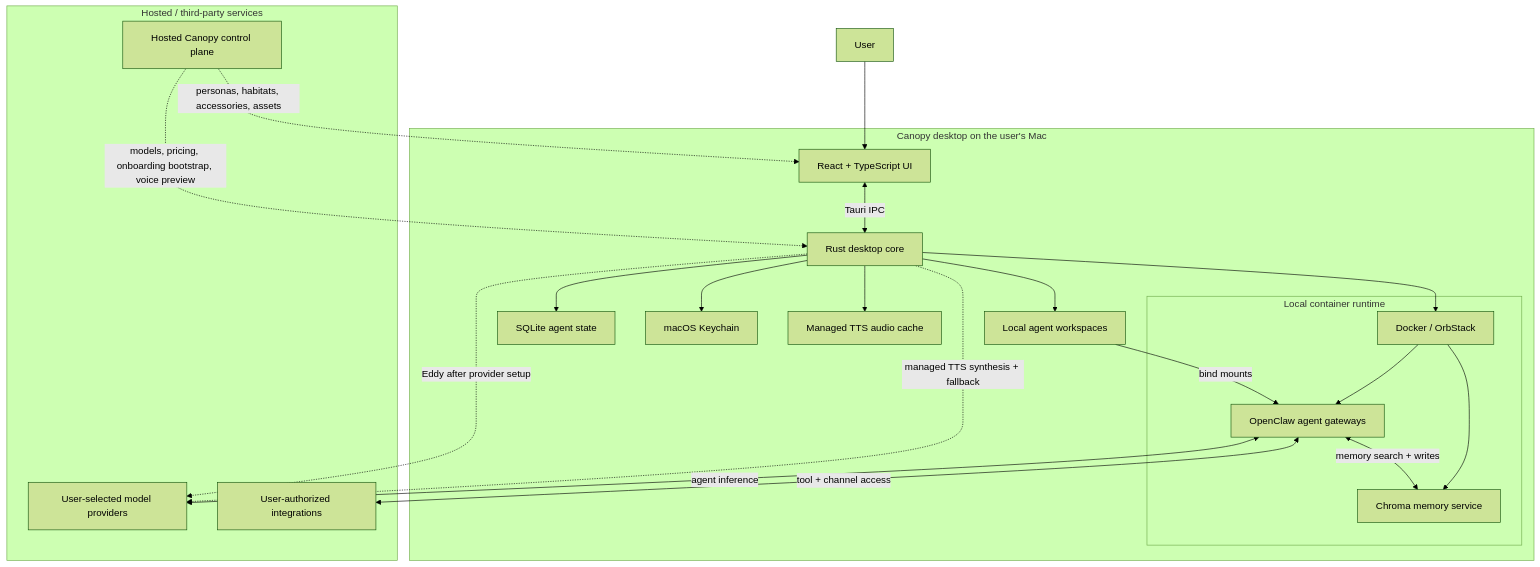
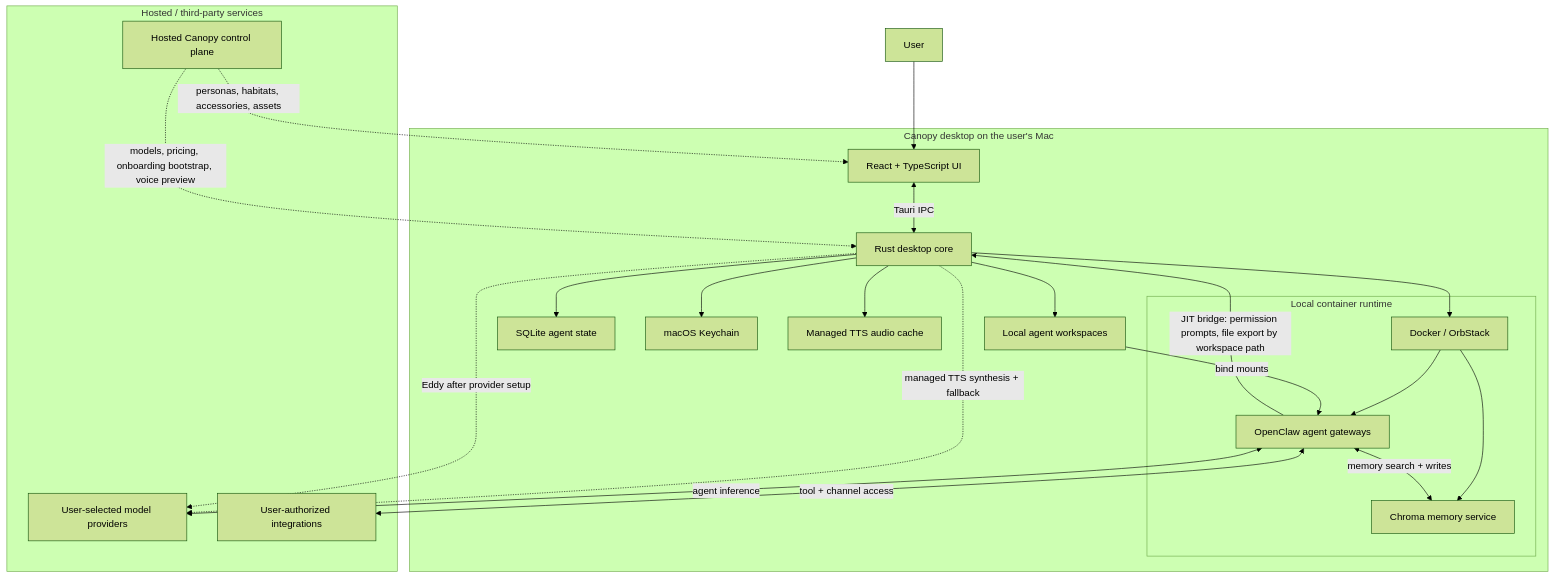
Before and after one commit to ScottieR/canopy: the diagram in README.md, drawn with Mermaid (forest theme). The commit also changed other lines of this file and 11 other files, not shown here.

First line of the commit message:
[FIX] Make core agent flows work: browser, file handoff, capability docs, long turns

````diff
--- a/README.md
+++ b/README.md
@@ -43,42 +43,43 @@
 ```mermaid
 flowchart TD
     User["User"] --> UI
 
     subgraph Mac["Canopy desktop on the user's Mac"]
         UI["React + TypeScript UI"]
         Core["Rust desktop core"]
         DB["SQLite agent state"]
         Keychain["macOS Keychain"]
         VoiceCache["Managed TTS audio cache"]
         Workspaces["Local agent workspaces"]
 
         subgraph LocalRuntime["Local container runtime"]
             Docker["Docker / OrbStack"]
             Gateway["OpenClaw agent gateways"]
             Memory["Chroma memory service"]
         end
     end
 
     subgraph Cloud["Hosted / third-party services"]
         Admin["Hosted Canopy control plane"]
         Providers["User-selected model providers"]
         Integrations["User-authorized integrations"]
     end
 
     UI <-->|"Tauri IPC"| Core
     Core --> DB
     Core --> Keychain
     Core --> VoiceCache
     Core --> Workspaces
     Core --> Docker
     Docker --> Gateway
     Docker --> Memory
     Workspaces -->|"bind mounts"| Gateway
+    Gateway -->|"JIT bridge: permission prompts, file export by workspace path"| Core
     Gateway <-->|"memory search + writes"| Memory
     Gateway <-->|"agent inference"| Providers
     Gateway <-->|"tool + channel access"| Integrations
     Core -. "managed TTS synthesis + fallback" .-> Providers
     Admin -. "personas, habitats, accessories, assets" .-> UI
     Admin -. "models, pricing, onboarding bootstrap, voice preview" .-> Core
     Core -. "Eddy after provider setup" .-> Providers
 ```
````
